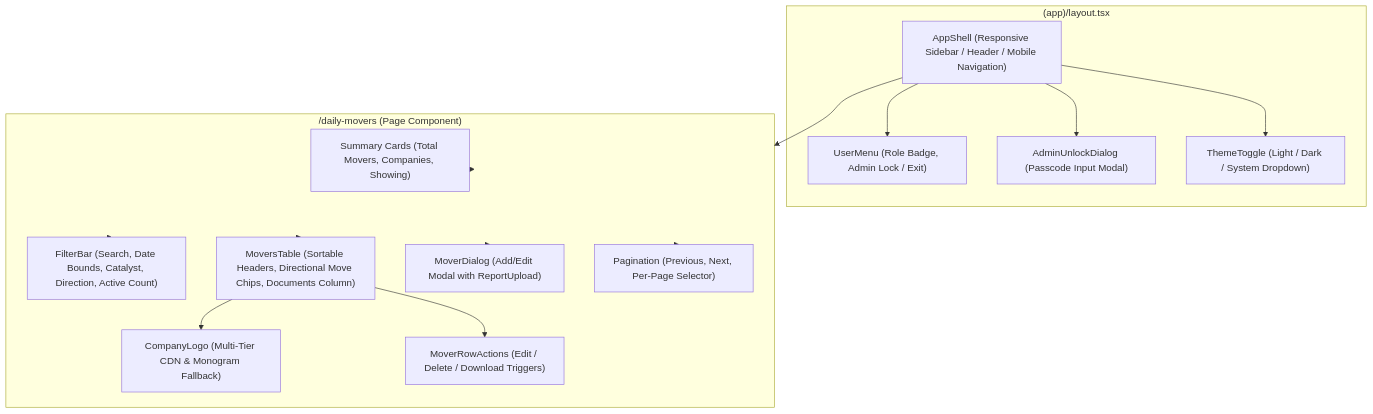
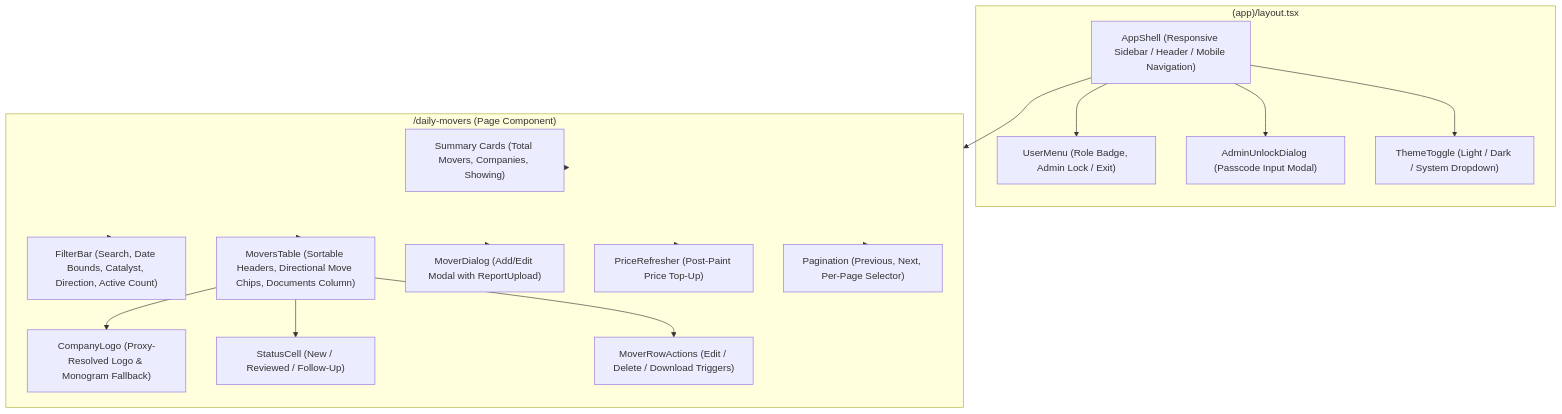
Before and after one commit to Vitti-Capital-Tech/daily-movers-dashboard: the fifth of 5 diagrams in docs/LLD.md, drawn with Mermaid. The commit also changed other lines of this file and 18 other files, not shown here.

Commit message:
Added the new rows for the daily movers table

````diff
--- a/docs/LLD.md
+++ b/docs/LLD.md
@@ -354,31 +447,35 @@
 ```mermaid
 graph TD
     subgraph Layout["(app)/layout.tsx"]
         Shell["AppShell (Responsive Sidebar / Header / Mobile Navigation)"]
         UserMenu["UserMenu (Role Badge, Admin Lock / Exit)"]
         Unlock["AdminUnlockDialog (Passcode Input Modal)"]
         Toggle["ThemeToggle (Light / Dark / System Dropdown)"]
     end
 
     subgraph DailyMoversPage["/daily-movers (Page Component)"]
         Summary["Summary Cards (Total Movers, Companies, Showing)"]
         Filter["FilterBar (Search, Date Bounds, Catalyst, Direction, Active Count)"]
         Table["MoversTable (Sortable Headers, Directional Move Chips, Documents Column)"]
         Dialog["MoverDialog (Add/Edit Modal with ReportUpload)"]
-        Logo["CompanyLogo (Multi-Tier CDN & Monogram Fallback)"]
+        Logo["CompanyLogo (Proxy-Resolved Logo & Monogram Fallback)"]
+        Status["StatusCell (New / Reviewed / Follow-Up)"]
+        Refresher["PriceRefresher (Post-Paint Price Top-Up)"]
         RowActions["MoverRowActions (Edit / Delete / Download Triggers)"]
         Pager["Pagination (Previous, Next, Per-Page Selector)"]
     end
 
     Shell --> UserMenu
     Shell --> Unlock
     Shell --> Toggle
     Shell --> DailyMoversPage
     DailyMoversPage --> Summary
     DailyMoversPage --> Filter
     DailyMoversPage --> Table
     DailyMoversPage --> Dialog
     DailyMoversPage --> Pager
     Table --> Logo
     Table --> RowActions
+    Table --> Status
+    DailyMoversPage --> Refresher
 ```
````
